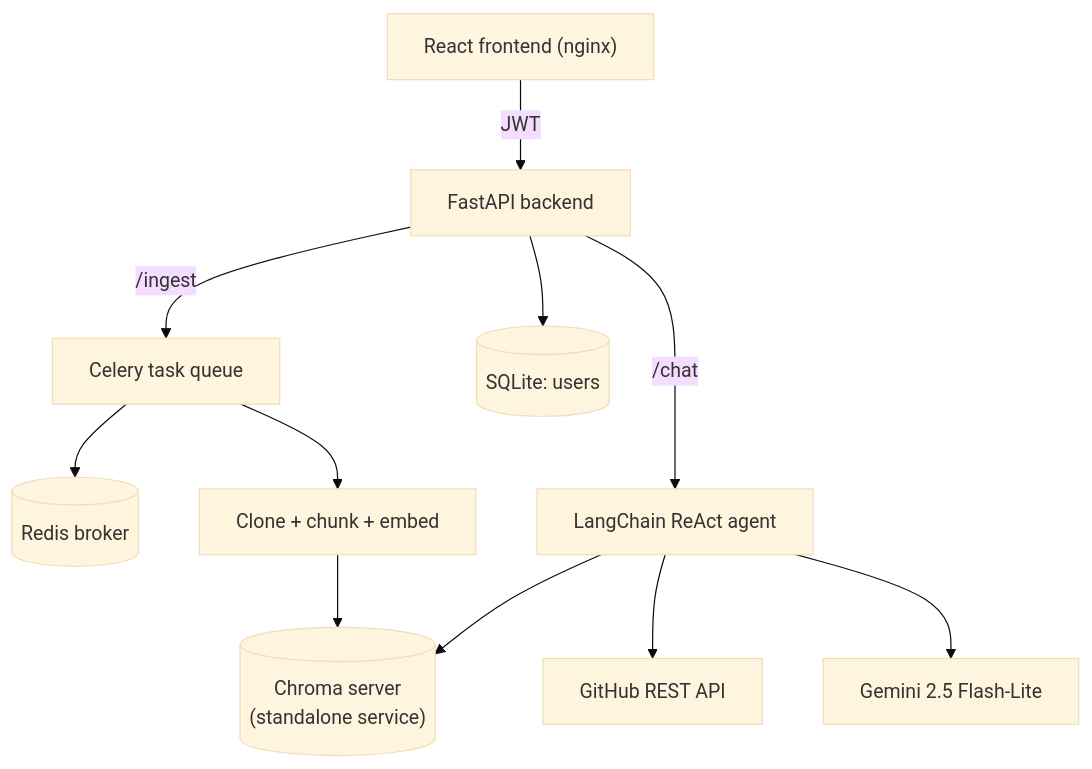
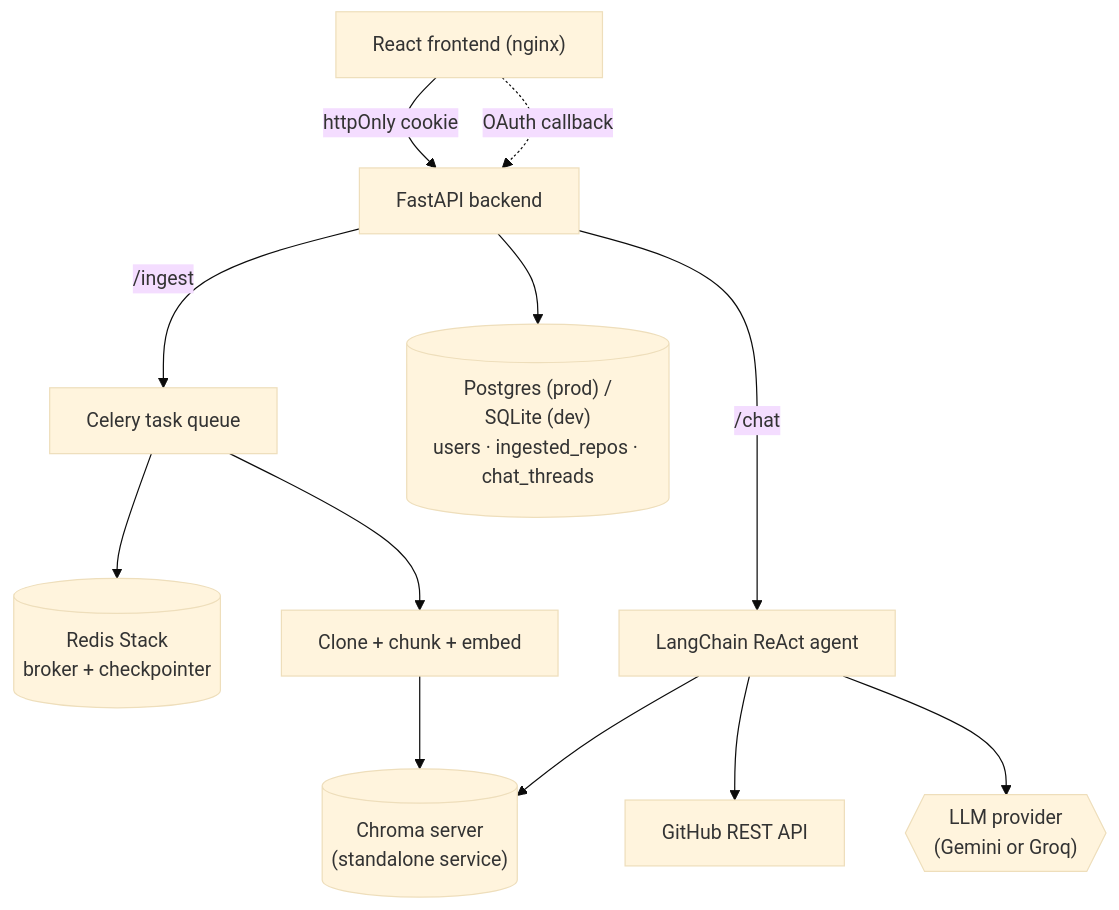
One commit to PushkarOM/RepoSage changed the diagram in README.md. Above: the diagram before and after it, drawn with Mermaid (base theme). The commit also changed other lines of this file and 44 other files, not shown here.

````diff
--- a/README.md
+++ b/README.md
@@ -41,13 +58,14 @@
 ```mermaid
 flowchart TD
-    UI["React frontend (nginx)"] -->|JWT| API["FastAPI backend"]
+    UI["React frontend (nginx)"] -->|httpOnly cookie| API["FastAPI backend"]
+    UI -.OAuth callback.-> API
     API -->|"/ingest"| Queue["Celery task queue"]
-    Queue --> Redis[("Redis broker")]
+    Queue --> Redis[("Redis Stack\nbroker + checkpointer")]
     Queue --> Clone["Clone + chunk + embed"]
     Clone --> Chroma[("Chroma server\n(standalone service)")]
     API -->|"/chat"| Agent["LangChain ReAct agent"]
     Agent --> Chroma
     Agent --> GitHubAPI["GitHub REST API"]
-    Agent --> Gemini["Gemini 2.5 Flash-Lite"]
-    API --> DB[("SQLite: users")]
+    Agent --> LLM{{"LLM provider\n(Gemini or Groq)"}}
+    API --> DB[("Postgres (prod) /\nSQLite (dev)\nusers · ingested_repos · chat_threads")]
 ```
````
